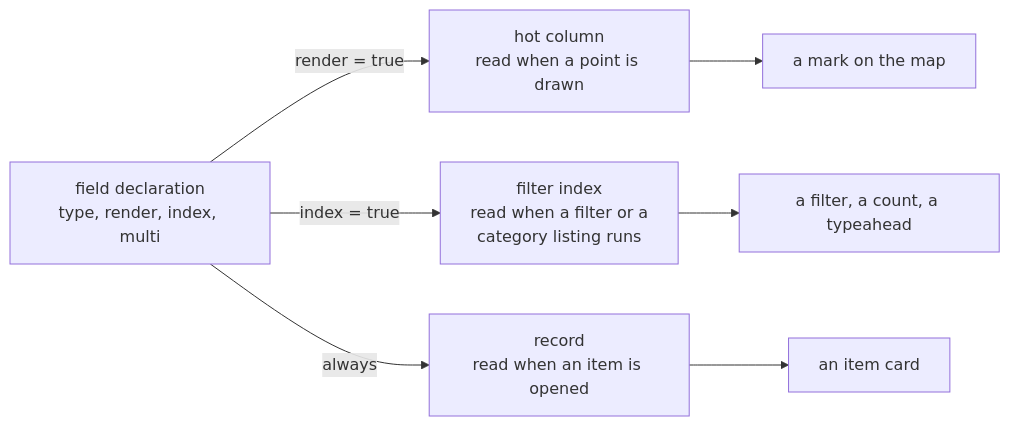
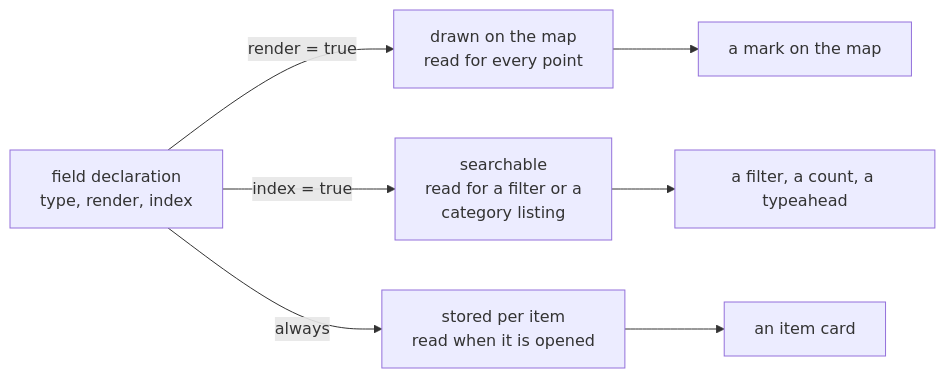
One commit to jennis0/tesseradb changed the second of 2 diagrams in docs/system/data-model.md. Above: the diagram before and after it, drawn with Mermaid. The commit also changed other lines of this file, not shown here.

````diff
--- a/docs/system/data-model.md
+++ b/docs/system/data-model.md
@@ -169,10 +189,10 @@
 ```mermaid
 flowchart LR
-  decl["field declaration<br/>type, render, index, multi"]
-  decl -- "render = true" --> hot["hot column<br/>read when a point is drawn"]
-  decl -- "index = true" --> idx["filter index<br/>read when a filter or a<br/>category listing runs"]
-  decl -- "always" --> blob["record<br/>read when an item is opened"]
+  decl["field declaration<br/>type, render, index"]
+  decl -- "render = true" --> hot["drawn on the map<br/>read for every point"]
+  decl -- "index = true" --> idx["searchable<br/>read for a filter or a<br/>category listing"]
+  decl -- "always" --> blob["stored per item<br/>read when it is opened"]
   hot --> mark["a mark on the map"]
   idx --> filter["a filter, a count, a typeahead"]
   blob --> card["an item card"]
 ```
````
